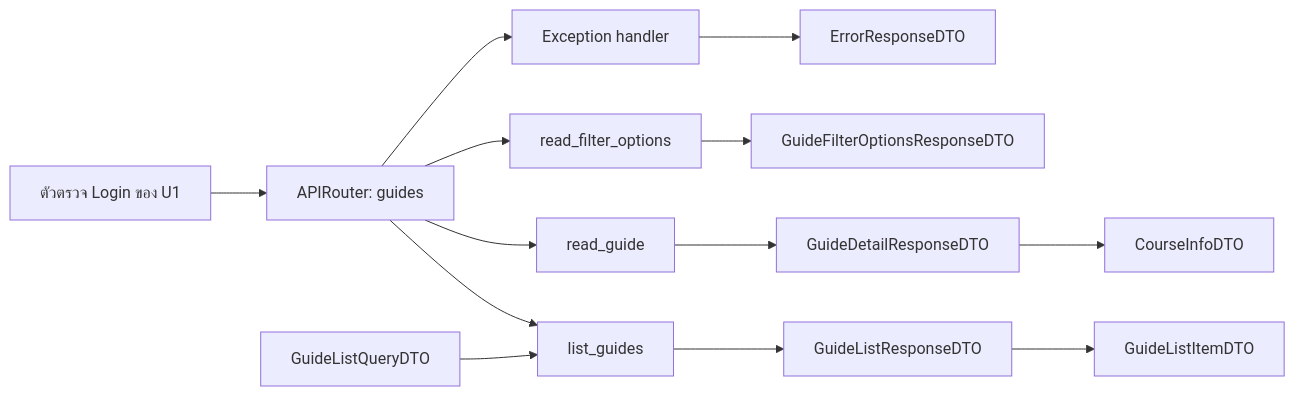
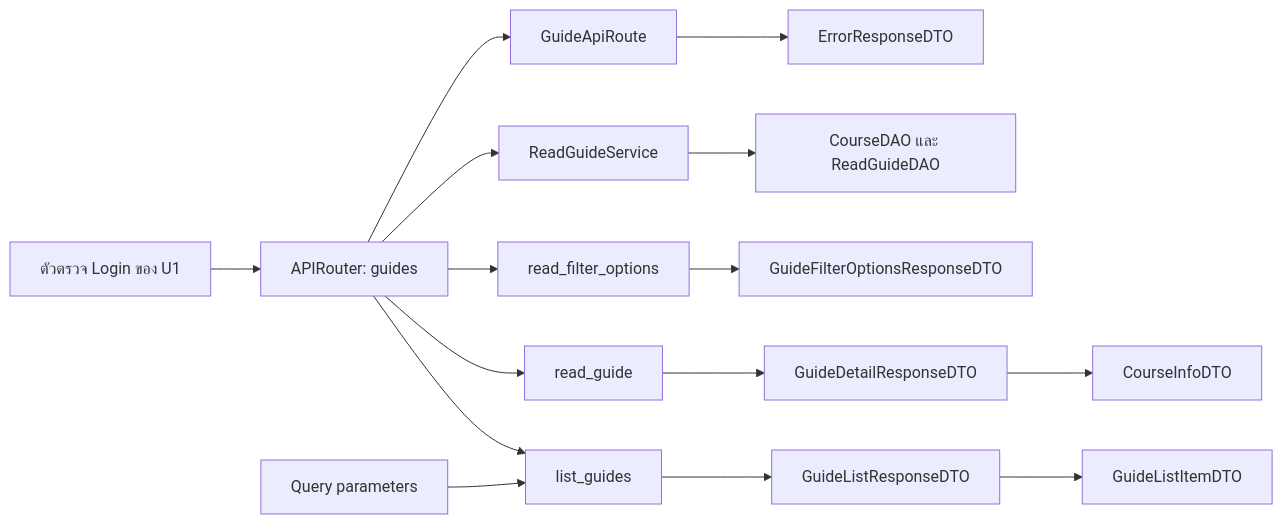
The diagram in docs/U3/design/task35-guide-api.md (Lilieay/CS261-Group4-Project), drawn with Mermaid before and after one commit. The commit also changed other lines of this file and 8 other files, not shown here.

````diff
--- a/docs/U3/design/task35-guide-api.md
+++ b/docs/U3/design/task35-guide-api.md
@@ -376,20 +376,22 @@
 ```mermaid
 flowchart LR
     LOGIN["ตัวตรวจ Login ของ U1"] --> ROUTER["APIRouter: guides"]
 
     ROUTER --> LIST["list_guides"]
     ROUTER --> DETAIL["read_guide"]
     ROUTER --> FILTER["read_filter_options"]
 
-    QUERY["GuideListQueryDTO"] --> LIST
+    QUERY["Query parameters"] --> LIST
     LIST --> LISTRESP["GuideListResponseDTO"]
     LISTRESP --> ITEM["GuideListItemDTO"]
 
     DETAIL --> DETAILRESP["GuideDetailResponseDTO"]
     DETAILRESP --> COURSE["CourseInfoDTO"]
 
     FILTER --> FILTERRESP["GuideFilterOptionsResponseDTO"]
 
-    ROUTER --> HANDLER["Exception handler"]
+    ROUTER --> SERVICE["ReadGuideService"]
+    SERVICE --> DAO["CourseDAO และ ReadGuideDAO"]
+    ROUTER --> HANDLER["GuideApiRoute"]
     HANDLER --> ERROR["ErrorResponseDTO"]
 ```
````
